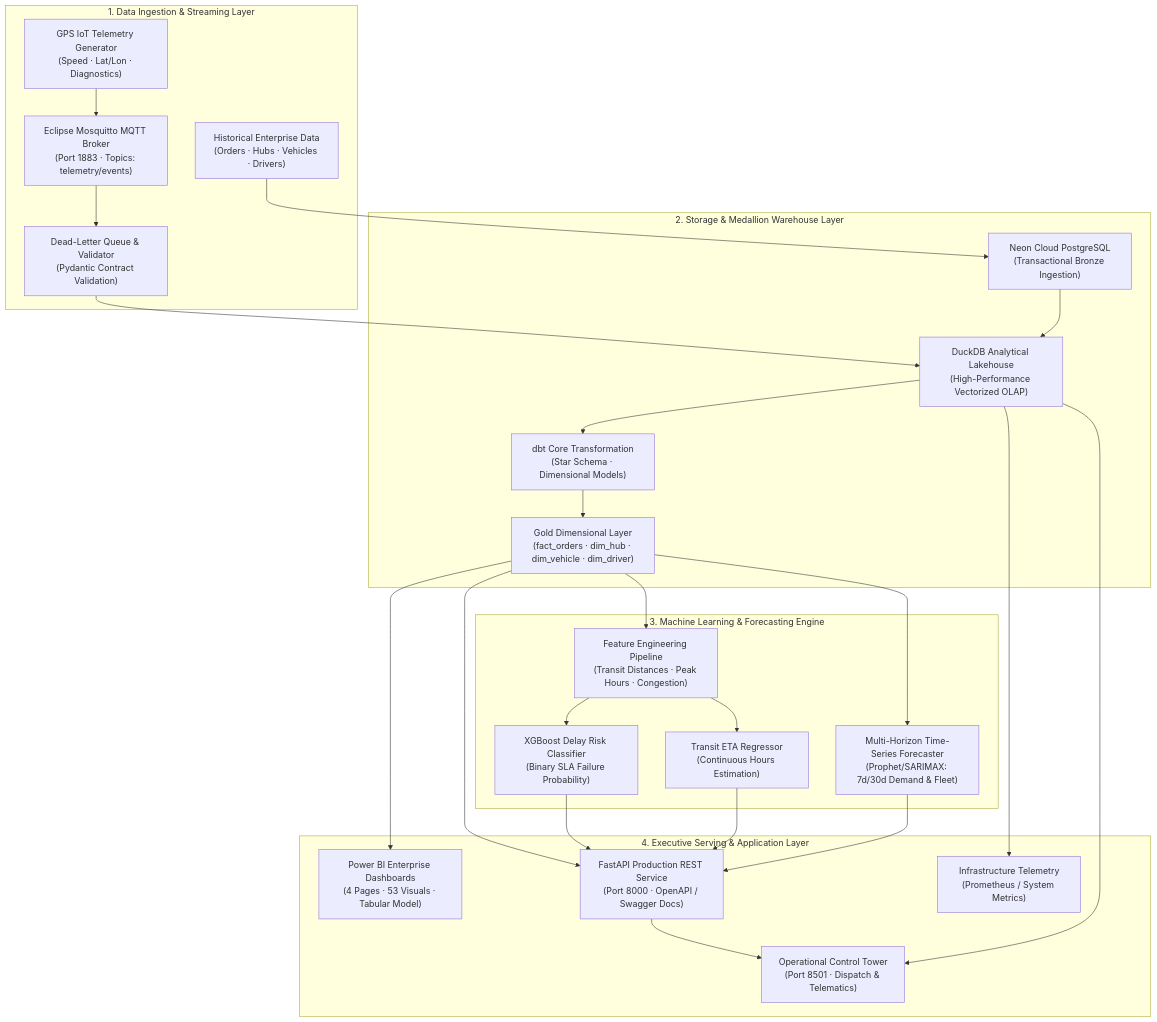
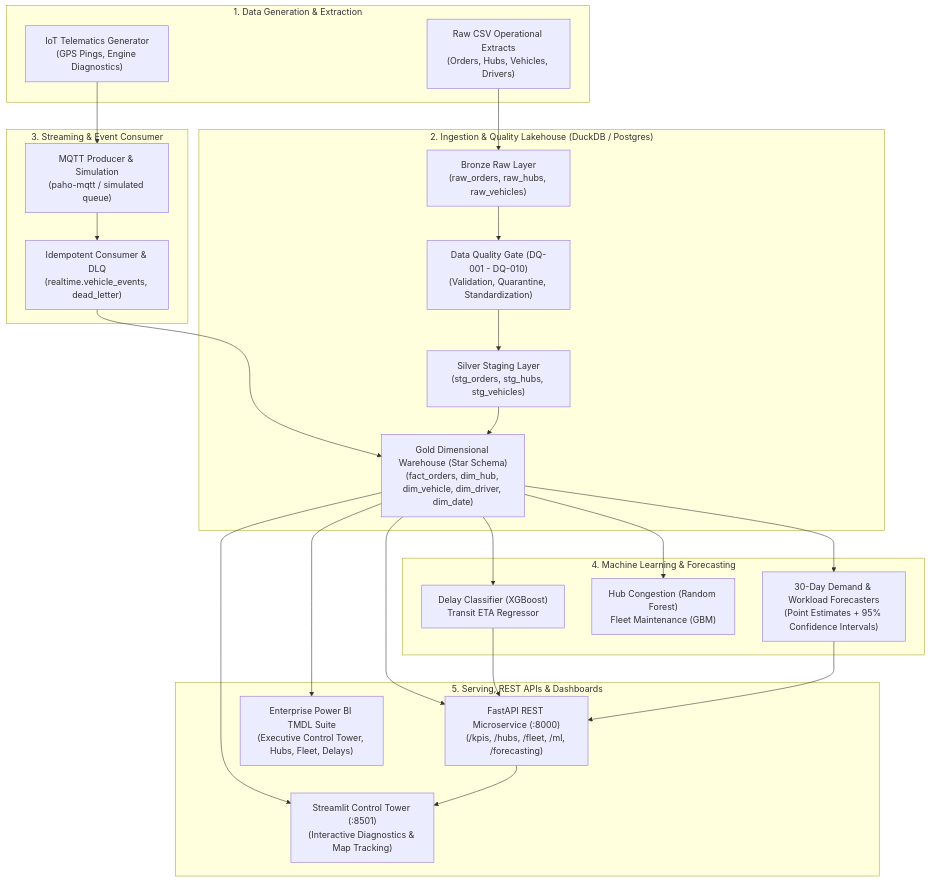
One commit to RyadulSeam/LogiTrack-Intelligence changed the diagram in README.md. Above: the diagram before and after it, drawn with Mermaid. The commit also changed other lines of this file, not shown here.

Commit message:
docs: restructure README for executive presentation

````diff
--- a/README.md
+++ b/README.md
@@ -118,50 +171,40 @@
 ```mermaid
 flowchart TD
-    subgraph SOURCELAYER["1. Data Ingestion & Streaming Layer"]
-        CSV["Historical Enterprise Data\n(Orders · Hubs · Vehicles · Drivers)"]
-        SIM["GPS IoT Telemetry Generator\n(Speed · Lat/Lon · Diagnostics)"]
-        MQTT["Eclipse Mosquitto MQTT Broker\n(Port 1883 · Topics: telemetry/events)"]
-        DLQ["Dead-Letter Queue & Validator\n(Pydantic Contract Validation)"]
+    subgraph S1["1. Data Generation & Extraction"]
+        D1["Raw CSV Operational Extracts\n(Orders, Hubs, Vehicles, Drivers)"]
+        D2["IoT Telematics Generator\n(GPS Pings, Engine Diagnostics)"]
     end
 
-    subgraph WAREHOUSELAYER["2. Storage & Medallion Warehouse Layer"]
-        PG["Neon Cloud PostgreSQL\n(Transactional Bronze Ingestion)"]
-        DUCK["DuckDB Analytical Lakehouse\n(High-Performance Vectorized OLAP)"]
-        DBT["dbt Core Transformation\n(Star Schema · Dimensional Models)"]
-        FACT["Gold Dimensional Layer\n(fact_orders · dim_hub · dim_vehicle · dim_driver)"]
+    subgraph S2["2. Ingestion & Quality Lakehouse (DuckDB / Postgres)"]
+        B1["Bronze Raw Layer\n(raw_orders, raw_hubs, raw_vehicles)"]
+        G1["Data Quality Gate (DQ-001 - DQ-010)\n(Validation, Quarantine, Standardization)"]
+        S11["Silver Staging Layer\n(stg_orders, stg_hubs, stg_vehicles)"]
+        W1["Gold Dimensional Warehouse (Star Schema)\n(fact_orders, dim_hub, dim_vehicle, dim_driver, dim_date)"]
     end
 
-    subgraph PREDICTIVELAYER["3. Machine Learning & Forecasting Engine"]
-        FEAT["Feature Engineering Pipeline\n(Transit Distances · Peak Hours · Congestion)"]
-        XGB["XGBoost Delay Risk Classifier\n(Binary SLA Failure Probability)"]
-        ETA["Transit ETA Regressor\n(Continuous Hours Estimation)"]
-        FC["Multi-Horizon Time-Series Forecaster\n(Prophet/SARIMAX: 7d/30d Demand & Fleet)"]
+    subgraph S3["3. Streaming & Event Consumer"]
+        M1["MQTT Producer & Simulation\n(paho-mqtt / simulated queue)"]
+        M2["Idempotent Consumer & DLQ\n(realtime.vehicle_events, dead_letter)"]
     end
 
-    subgraph SERVINGLAYER["4. Executive Serving & Application Layer"]
-        PBI["Power BI Enterprise Dashboards\n(4 Pages · 53 Visuals · Tabular Model)"]
-        API["FastAPI Production REST Service\n(Port 8000 · OpenAPI / Swagger Docs)"]
-        STREAMLIT["Operational Control Tower\n(Port 8501 · Dispatch & Telematics)"]
-        GRAFANA["Infrastructure Telemetry\n(Prometheus / System Metrics)"]
+    subgraph S4["4. Machine Learning & Forecasting"]
+        ML1["Delay Classifier (XGBoost)\nTransit ETA Regressor"]
+        ML2["Hub Congestion (Random Forest)\nFleet Maintenance (GBM)"]
+        FC1["30-Day Demand & Workload Forecasters\n(Point Estimates + 95% Confidence Intervals)"]
     end
 
-    CSV --> PG
-    SIM --> MQTT
-    MQTT --> DLQ
-    DLQ --> DUCK
-    PG --> DUCK
-    DUCK --> DBT
-    DBT --> FACT
-    FACT --> FEAT
-    FEAT --> XGB
-    FEAT --> ETA
-    FACT --> FC
-    FACT --> PBI
-    FACT --> API
-    XGB --> API
-    ETA --> API
-    FC --> API
-    API --> STREAMLIT
-    DUCK --> STREAMLIT
-    DUCK --> GRAFANA
+    subgraph S5["5. Serving, REST APIs & Dashboards"]
+        API["FastAPI REST Microservice (:8000)\n(/kpis, /hubs, /fleet, /ml, /forecasting)"]
+        PBI["Enterprise Power BI TMDL Suite\n(Executive Control Tower, Hubs, Fleet, Delays)"]
+        STR["Streamlit Control Tower (:8501)\n(Interactive Diagnostics & Map Tracking)"]
+    end
+
+    D1 --> B1
+    D2 --> M1
+    M1 --> M2 --> W1
+    B1 --> G1 --> S11 --> W1
+    W1 --> ML1 & ML2 & FC1
+    W1 & ML1 & FC1 --> API
+    W1 --> PBI
+    W1 & API --> STR
 ```
````
